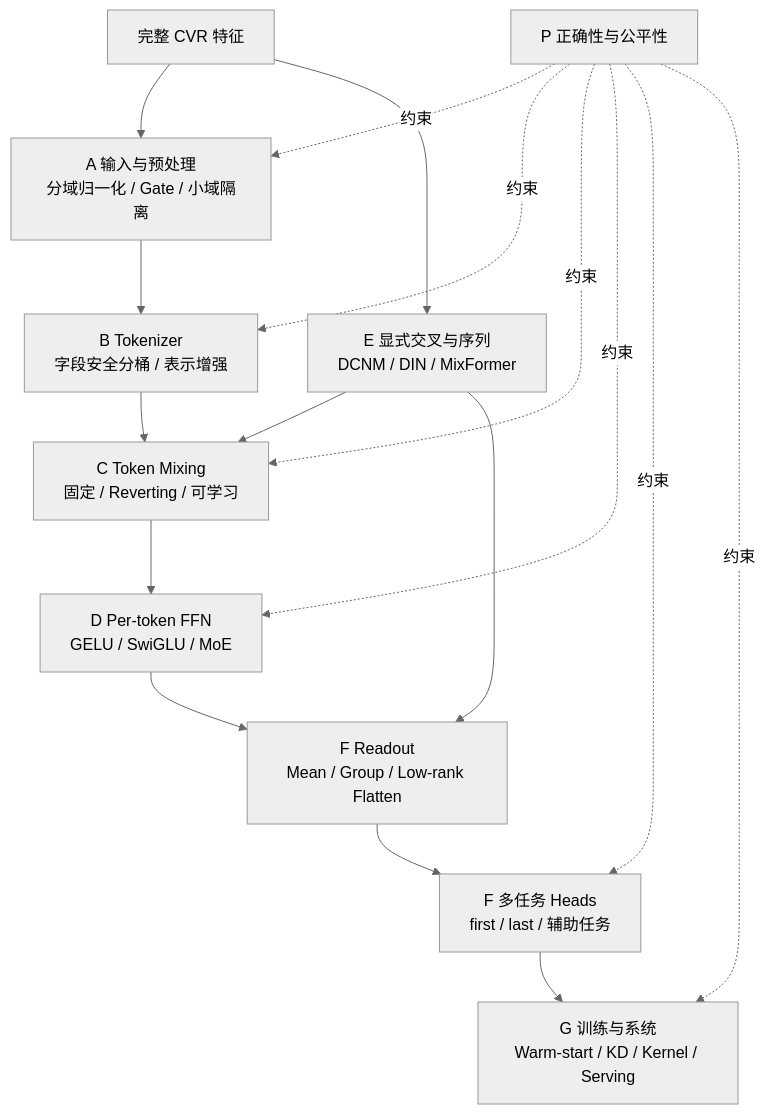
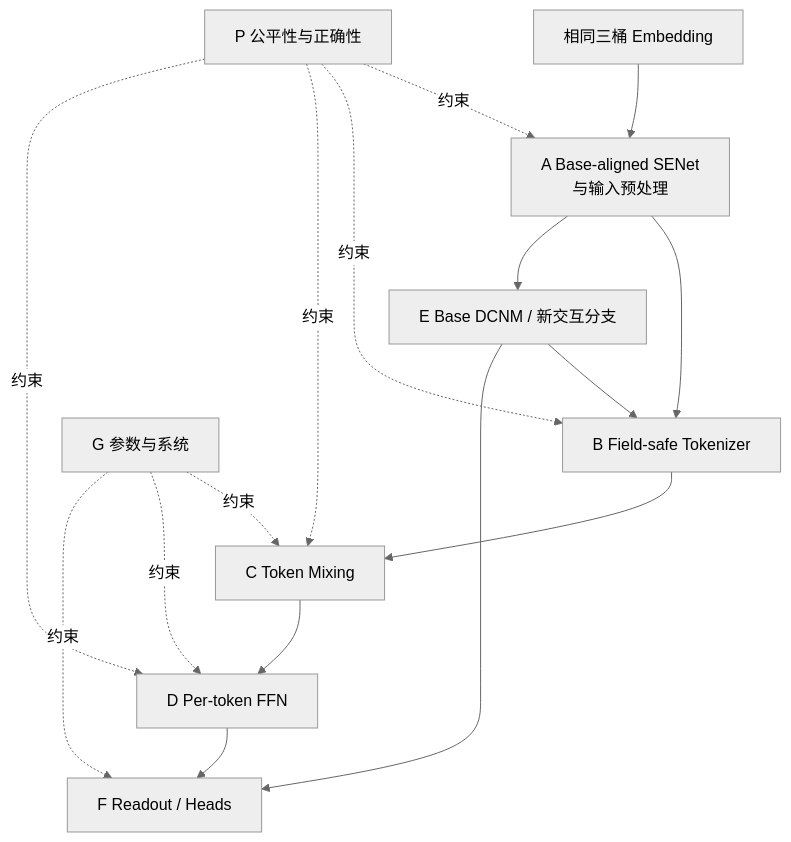
One commit to Bolt00Y/RAS changed the third of 9 diagrams in rankmixer/CVR_RankMixer_全量改进方案_按模块分类.md. Above: the diagram before and after it, drawn with Mermaid (neutral theme). The commit also changed other lines of this file and 4 other files, not shown here.

Commit message:
Correct RankMixer base comparison

```diff
--- a/rankmixer/CVR_RankMixer_全量改进方案_按模块分类.md
+++ b/rankmixer/CVR_RankMixer_全量改进方案_按模块分类.md
@@ -168,22 +380,20 @@
 ~~~mermaid
 flowchart TD
-    X["完整 CVR 特征"] --> A["A 输入与预处理<br/>分域归一化 / Gate / 小域隔离"]
-    A --> B["B Tokenizer<br/>字段安全分桶 / 表示增强"]
-    B --> C["C Token Mixing<br/>固定 / Reverting / 可学习"]
-    C --> D["D Per-token FFN<br/>GELU / SwiGLU / MoE"]
-    D --> R["F Readout<br/>Mean / Group / Low-rank Flatten"]
+    X["相同三桶 Embedding"] --> A["A Base-aligned SENet<br/>与输入预处理"]
+    A --> B["B Field-safe Tokenizer"]
+    B --> C["C Token Mixing"]
+    C --> D["D Per-token FFN"]
+    D --> F["F Readout / Heads"]
 
-    X --> E["E 显式交叉与序列<br/>DCNM / DIN / MixFormer"]
-    E --> C
-    E --> R
+    A --> E["E Base DCNM / 新交互分支"]
+    E --> B
+    E --> F
 
-    R --> F["F 多任务 Heads<br/>first / last / 辅助任务"]
-    F --> G["G 训练与系统<br/>Warm-start / KD / Kernel / Serving"]
-
-    P["P 正确性与公平性"] -.约束.-> A
+    P["P 公平性与正确性"] -.约束.-> A
     P -.约束.-> B
     P -.约束.-> C
     P -.约束.-> D
-    P -.约束.-> F
-    P -.约束.-> G
+    G["G 参数与系统"] -.约束.-> C
+    G -.约束.-> D
+    G -.约束.-> F
 ~~~
```
